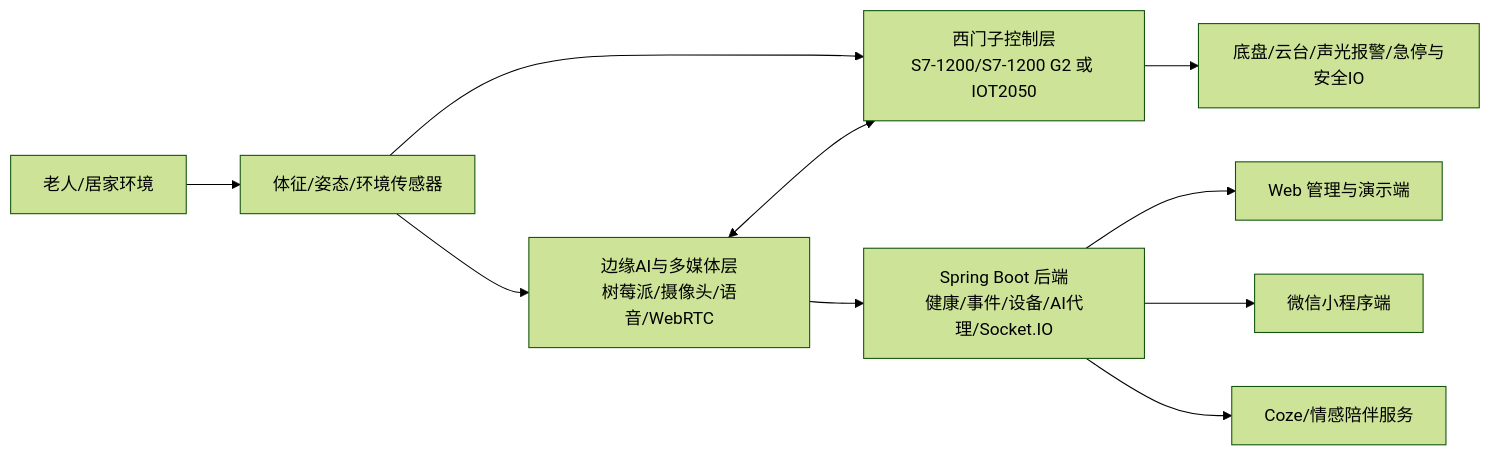
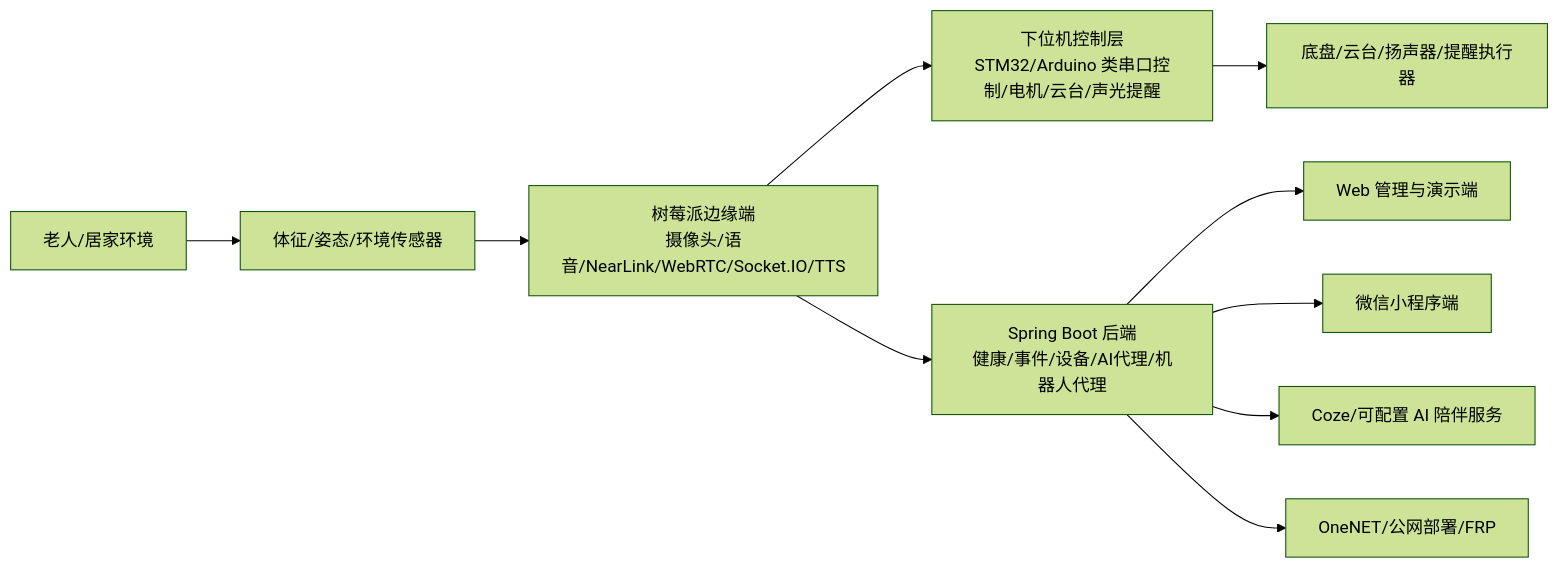
Before and after one commit to zcx-666666-zcx/WALL-E: the diagram in doc/西门子杯规划/03-西门子杯总体参赛策略.md, drawn with Mermaid (forest theme). The commit also changed other lines of this file and 8 other files, not shown here.

````diff
--- a/doc/西门子杯规划/03-西门子杯总体参赛策略.md
+++ b/doc/西门子杯规划/03-西门子杯总体参赛策略.md
@@ -34,12 +38,12 @@
 ```mermaid
 flowchart LR
   Elder["老人/居家环境"] --> Sensor["体征/姿态/环境传感器"]
-  Sensor --> Siemens["西门子控制层<br/>S7-1200/S7-1200 G2 或 IOT2050"]
-  Siemens --> Actuator["底盘/云台/声光报警/急停与安全IO"]
-  Sensor --> Edge["边缘AI与多媒体层<br/>树莓派/摄像头/语音/WebRTC"]
-  Edge <--> Siemens
-  Edge --> Backend["Spring Boot 后端<br/>健康/事件/设备/AI代理/Socket.IO"]
+  Sensor --> Edge["树莓派边缘端<br/>摄像头/语音/NearLink/WebRTC/Socket.IO/TTS"]
+  Edge --> Lower["下位机控制层<br/>STM32/Arduino 类串口控制/电机/云台/声光提醒"]
+  Lower --> Actuator["底盘/云台/扬声器/提醒执行器"]
+  Edge --> Backend["Spring Boot 后端<br/>健康/事件/设备/AI代理/机器人代理"]
   Backend --> Web["Web 管理与演示端"]
   Backend --> Mini["微信小程序端"]
-  Backend --> AI["Coze/情感陪伴服务"]
+  Backend --> AI["Coze/可配置 AI 陪伴服务"]
+  Backend --> Cloud["OneNET/公网部署/FRP"]
 ```
````
